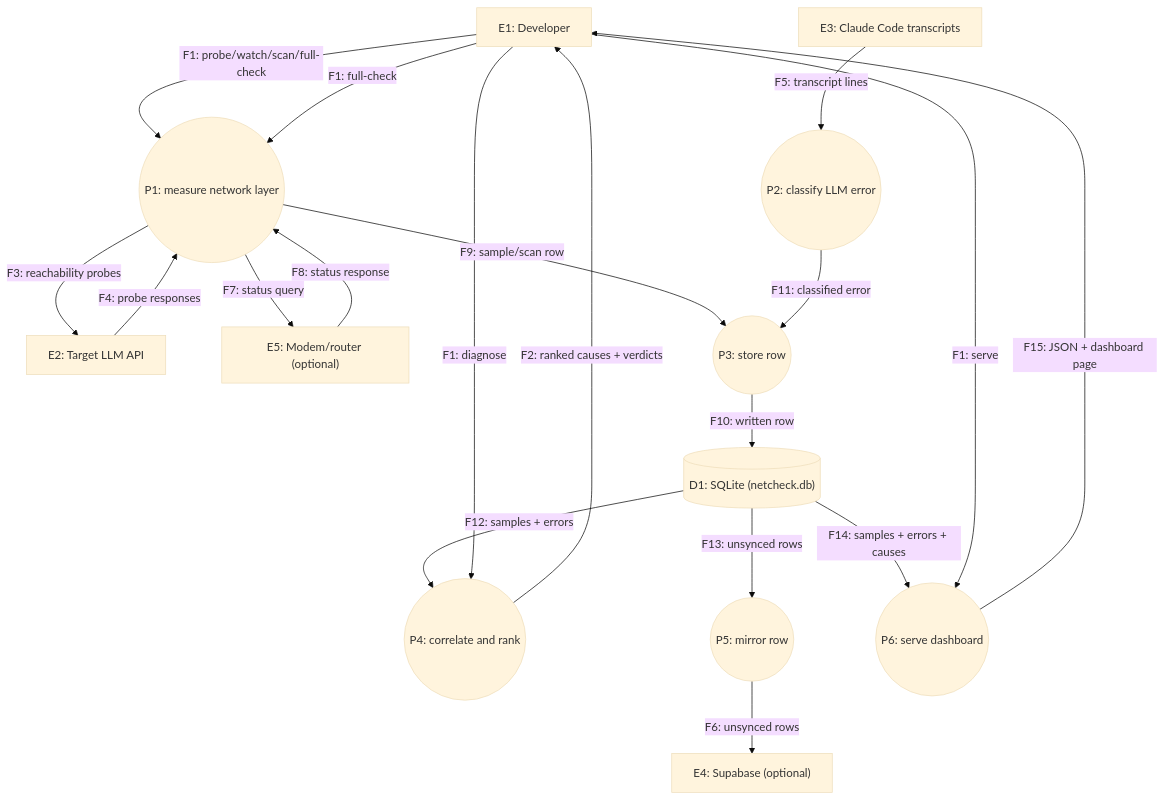
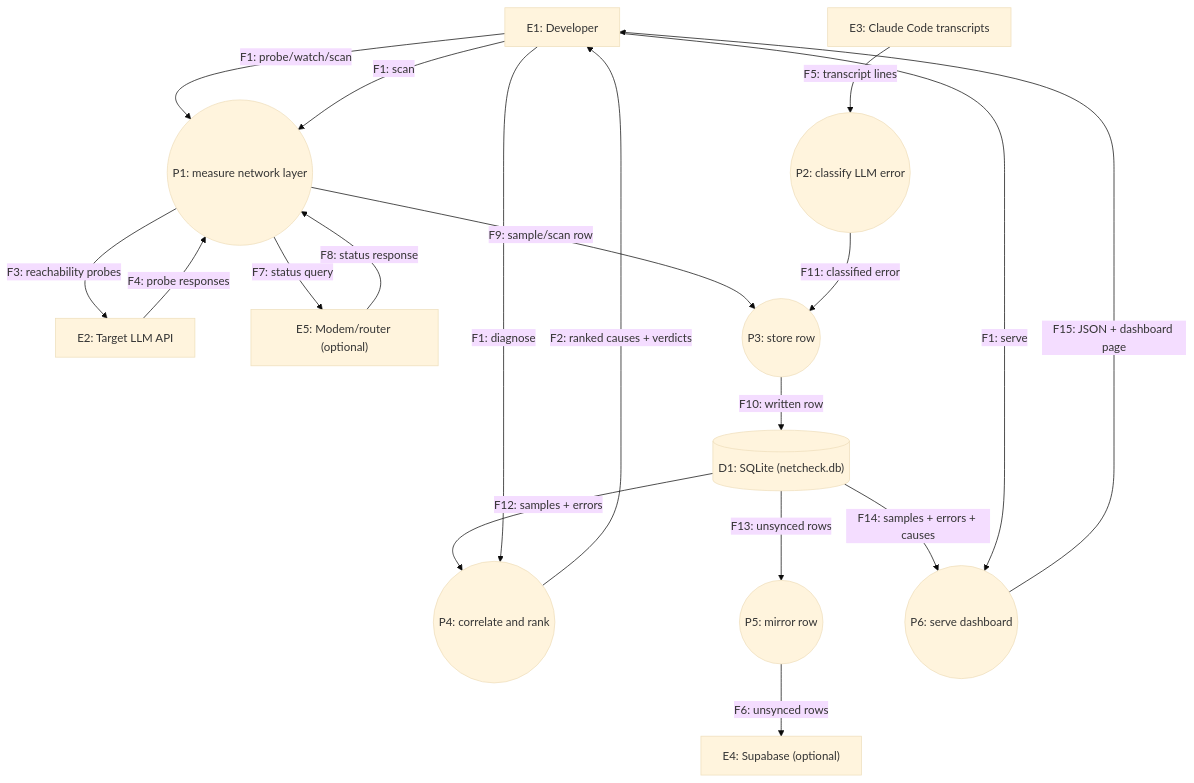
Before and after one commit to kgsmith19/hyperbolic-core: the second of 4 diagrams in docs/DATA-FLOW-DIAGRAM.md, drawn with Mermaid (base theme). The commit also changed 71 other files, not shown here.

````diff
--- a/docs/DATA-FLOW-DIAGRAM.md
+++ b/docs/DATA-FLOW-DIAGRAM.md
@@ -46,41 +46,41 @@
 ```mermaid
 graph TB
     E1["E1: Developer"]
     E2["E2: Target LLM API"]
     E3["E3: Claude Code transcripts"]
     E4["E4: Supabase (optional)"]
     E5["E5: Modem/router (optional)"]
 
     P1(("P1: measure network layer"))
     P2(("P2: classify LLM error"))
     P3(("P3: store row"))
     P4(("P4: correlate and rank"))
     P5(("P5: mirror row"))
     P6(("P6: serve dashboard"))
 
     D1[("D1: SQLite (netcheck.db)")]
 
-    E1 -->|"F1: probe/watch/scan/full-check"| P1
+    E1 -->|"F1: probe/watch/scan"| P1
     P1 -->|"F3: reachability probes"| E2
     E2 -->|"F4: probe responses"| P1
     P1 -->|"F9: sample/scan row"| P3
     P3 -->|"F10: written row"| D1
 
     E3 -->|"F5: transcript lines"| P2
     P2 -->|"F11: classified error"| P3
 
     D1 -->|"F12: samples + errors"| P4
     E1 -->|"F1: diagnose"| P4
     P4 -->|"F2: ranked causes + verdicts"| E1
 
     D1 -->|"F13: unsynced rows"| P5
     P5 -->|"F6: unsynced rows"| E4
 
     D1 -->|"F14: samples + errors + causes"| P6
     E1 -->|"F1: serve"| P6
     P6 -->|"F15: JSON + dashboard page"| E1
 
-    E1 -->|"F1: full-check"| P1
+    E1 -->|"F1: scan"| P1
     P1 -->|"F7: status query"| E5
     E5 -->|"F8: status response"| P1
 ```
````
